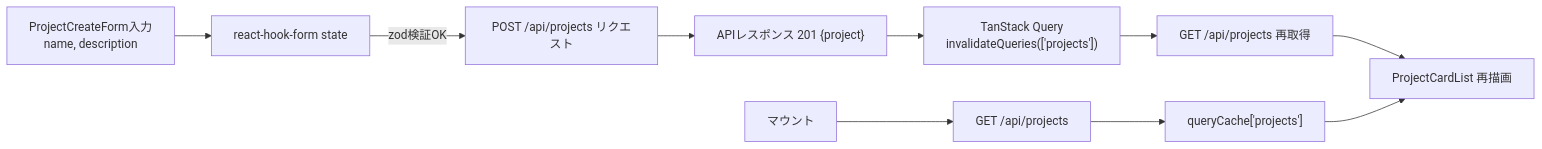
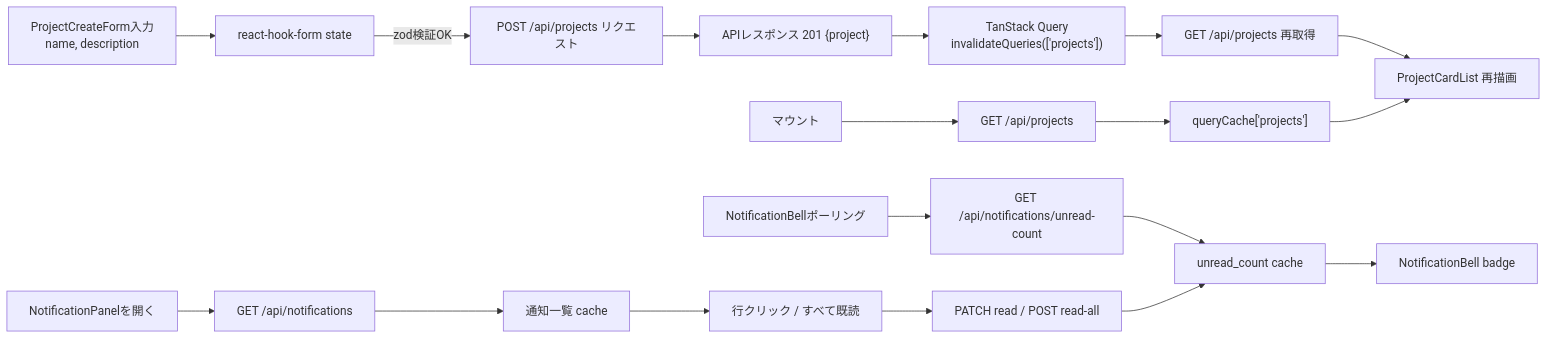
Before and after one commit to oikawa-d/task_management: the fifth of 5 diagrams in detailed_design/screen/06_dashboard.md, drawn with Mermaid. The commit also changed other lines of this file and 22 other files, not shown here.

````diff
--- a/detailed_design/screen/06_dashboard.md
+++ b/detailed_design/screen/06_dashboard.md
@@ -265,13 +272,22 @@
 ```mermaid
 flowchart LR
     A["ProjectCreateForm入力<br/>name, description"] --> B["react-hook-form state"]
     B -->|"zod検証OK"| C["POST /api/projects リクエスト"]
     C --> D["APIレスポンス 201 {project}"]
     D --> E["TanStack Query<br/>invalidateQueries(['projects'])"]
     E --> F["GET /api/projects 再取得"]
     F --> G["ProjectCardList 再描画"]
 
     H["マウント"] --> I["GET /api/projects"]
     I --> J["queryCache['projects']"]
     J --> G
+
+    H2["NotificationBellポーリング"] --> I2["GET /api/notifications/unread-count"]
+    I2 --> J2["unread_count cache"]
+    J2 --> K2["NotificationBell badge"]
+    L2["NotificationPanelを開く"] --> M2["GET /api/notifications"]
+    M2 --> N2["通知一覧 cache"]
+    N2 --> O2["行クリック / すべて既読"]
+    O2 --> P2["PATCH read / POST read-all"]
+    P2 --> J2
 ```
````
